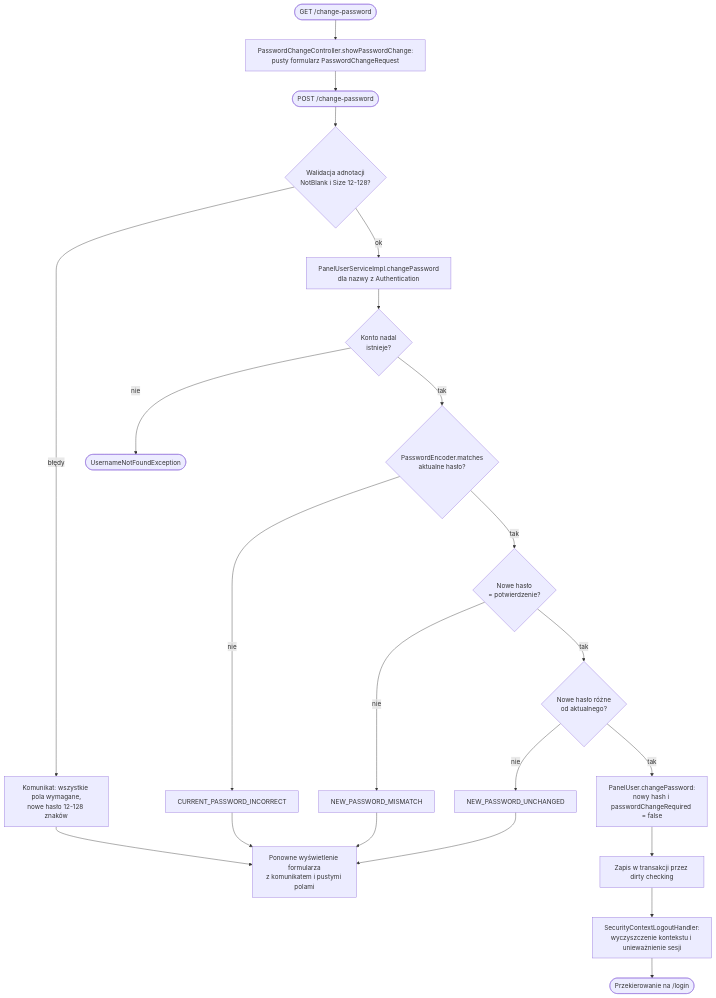
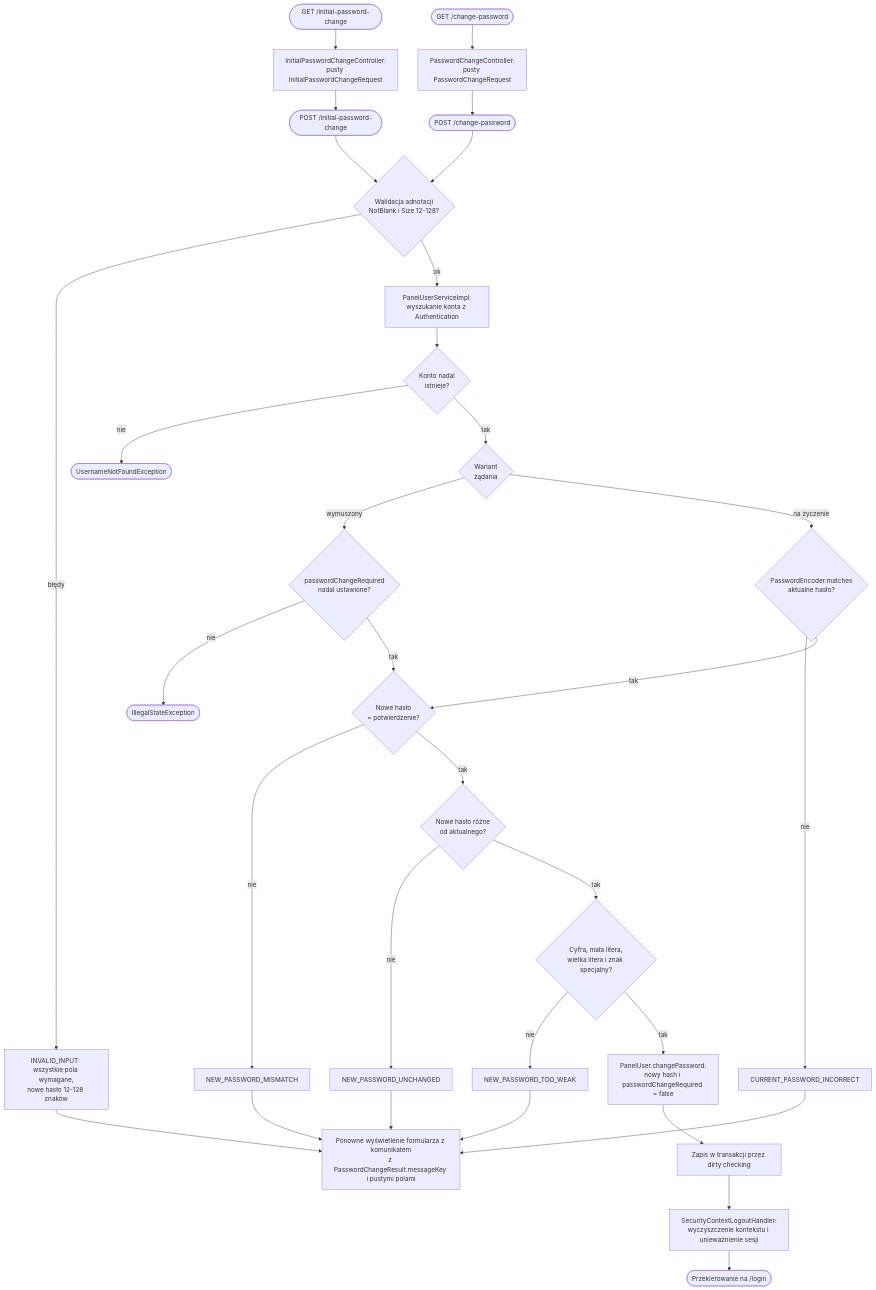
The diagram in dokumentacja/diagramy/authentication/przeplyw-zmiana-hasla.mmd (Pplociennik/vDeck), drawn with Mermaid before and after one commit. The commit also changed 57 other files, not shown here.

```diff
--- a/dokumentacja/diagramy/authentication/przeplyw-zmiana-hasla.mmd
+++ b/dokumentacja/diagramy/authentication/przeplyw-zmiana-hasla.mmd
@@ -1,23 +1,38 @@
-%% Diagram przepływu: wymuszona zmiana hasła panelu vDeck
+%% Diagram przepływu: zmiana hasła panelu vDeck w obu wariantach
 flowchart TD
-    start([GET /change-password]) --> form[PasswordChangeController.showPasswordChange:<br/>pusty formularz PasswordChangeRequest]
-    form --> submit([POST /change-password])
-    submit --> bean{Walidacja adnotacji<br/>NotBlank i Size 12-128?}
-    bean -- błędy --> generic[Komunikat: wszystkie pola wymagane,<br/>nowe hasło 12-128 znaków]
-    bean -- ok --> load[PanelUserServiceImpl.changePassword<br/>dla nazwy z Authentication]
+    initialStart([GET /initial-password-change]) --> initialForm[InitialPasswordChangeController:<br/>pusty InitialPasswordChangeRequest]
+    initialForm --> initialSubmit([POST /initial-password-change])
+    ordinaryStart([GET /change-password]) --> ordinaryForm[PasswordChangeController:<br/>pusty PasswordChangeRequest]
+    ordinaryForm --> ordinarySubmit([POST /change-password])
+
+    initialSubmit --> bean
+    ordinarySubmit --> bean
+    bean{Walidacja adnotacji<br/>NotBlank i Size 12-128?}
+    bean -- błędy --> generic[INVALID_INPUT: wszystkie pola wymagane,<br/>nowe hasło 12-128 znaków]
+    bean -- ok --> load[PanelUserServiceImpl:<br/>wyszukanie konta z Authentication]
     load --> found{Konto nadal<br/>istnieje?}
     found -- nie --> missing([UsernameNotFoundException])
-    found -- tak --> current{PasswordEncoder.matches<br/>aktualne hasło?}
+    found -- tak --> variant{Wariant<br/>żądania}
+
+    variant -- wymuszony --> pending{passwordChangeRequired<br/>nadal ustawione?}
+    pending -- nie --> illegal([IllegalStateException])
+    pending -- tak --> equal
+    variant -- na życzenie --> current{PasswordEncoder.matches<br/>aktualne hasło?}
     current -- nie --> incorrect[CURRENT_PASSWORD_INCORRECT]
+
     current -- tak --> equal{Nowe hasło<br/>= potwierdzenie?}
     equal -- nie --> mismatch[NEW_PASSWORD_MISMATCH]
     equal -- tak --> same{Nowe hasło różne<br/>od aktualnego?}
     same -- nie --> unchanged[NEW_PASSWORD_UNCHANGED]
-    same -- tak --> apply[PanelUser.changePassword:<br/>nowy hash i passwordChangeRequired = false]
+    same -- tak --> kinds{Cyfra, mała litera,<br/>wielka litera i znak specjalny?}
+    kinds -- nie --> weak[NEW_PASSWORD_TOO_WEAK]
+    kinds -- tak --> apply[PanelUser.changePassword:<br/>nowy hash i passwordChangeRequired = false]
     apply --> commit[Zapis w transakcji przez dirty checking]
     commit --> logout[SecurityContextLogoutHandler:<br/>wyczyszczenie kontekstu i unieważnienie sesji]
     logout --> done([Przekierowanie na /login])
+
     incorrect --> render
     mismatch --> render
     unchanged --> render
-    generic --> render[Ponowne wyświetlenie formularza<br/>z komunikatem i pustymi polami]
+    weak --> render
+    generic --> render[Ponowne wyświetlenie formularza z komunikatem<br/>z PasswordChangeResult.messageKey i pustymi polami]
```
